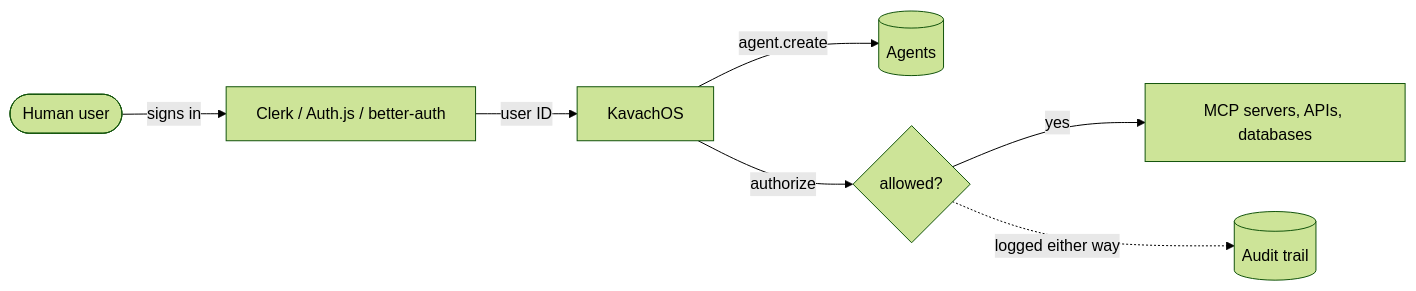
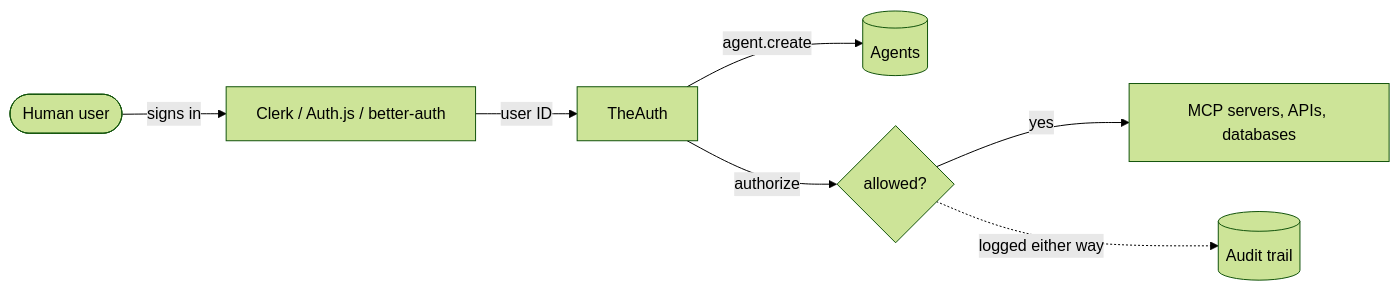
One commit to glincker/theauth changed the diagram in docs/index.mdx. Above: the diagram before and after it, drawn with Mermaid (forest theme). The commit also changed other lines of this file and 608 other files, not shown here.

````diff
--- a/docs/index.mdx
+++ b/docs/index.mdx
@@ -74,9 +74,9 @@
 ```mermaid
 flowchart LR
   User([Human user]) -->|signs in| HumanAuth[Clerk / Auth.js / better-auth]
-  HumanAuth -->|user ID| Kavach[KavachOS]
+  HumanAuth -->|user ID| Kavach[TheAuth]
   Kavach -->|agent.create| Agents[(Agents)]
   Kavach -->|authorize| Decision{allowed?}
   Decision -->|yes| Tools[MCP servers, APIs, databases]
   Decision -.->|logged either way| Audit[(Audit trail)]
 ```
````
